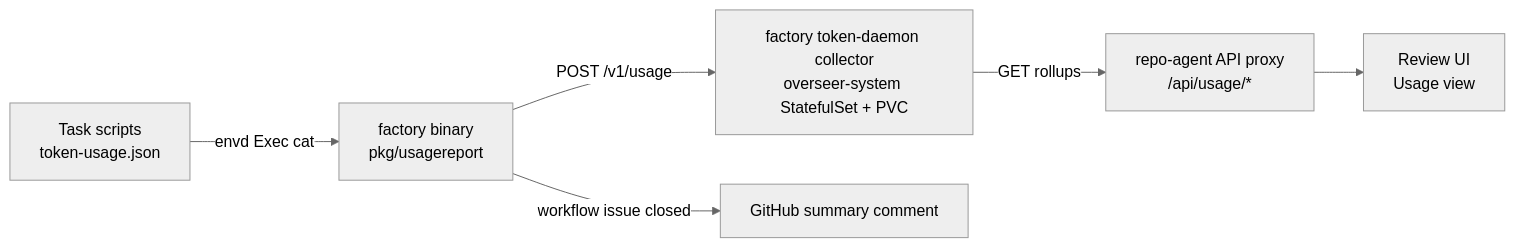
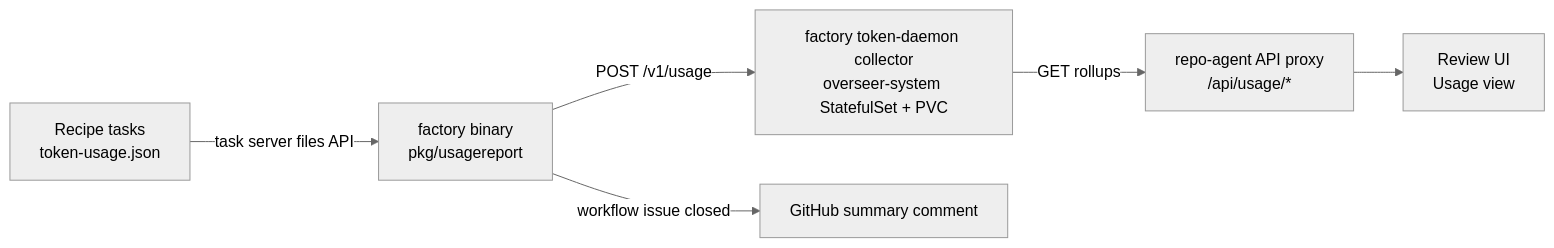
Before and after one commit to gke-labs/gemini-for-kubernetes-development: the diagram in factory/design/token-usage-collection.md, drawn with Mermaid (neutral theme). The commit also changed other lines of this file and 31 other files, not shown here.

````diff
--- a/factory/design/token-usage-collection.md
+++ b/factory/design/token-usage-collection.md
@@ -21,8 +23,8 @@
 ```mermaid
 graph LR
-    A[Task scripts<br/>token-usage.json] -->|envd Exec cat| B[factory binary<br/>pkg/usagereport]
+    A[Recipe tasks<br/>token-usage.json] -->|task server files API| B[factory binary<br/>pkg/usagereport]
     B -->|POST /v1/usage| C[factory token-daemon collector<br/>overseer-system StatefulSet + PVC]
     C -->|GET rollups| D[repo-agent API proxy<br/>/api/usage/*]
     D --> E[Review UI<br/>Usage view]
     B -->|workflow issue closed| F[GitHub summary comment]
 ```
````
